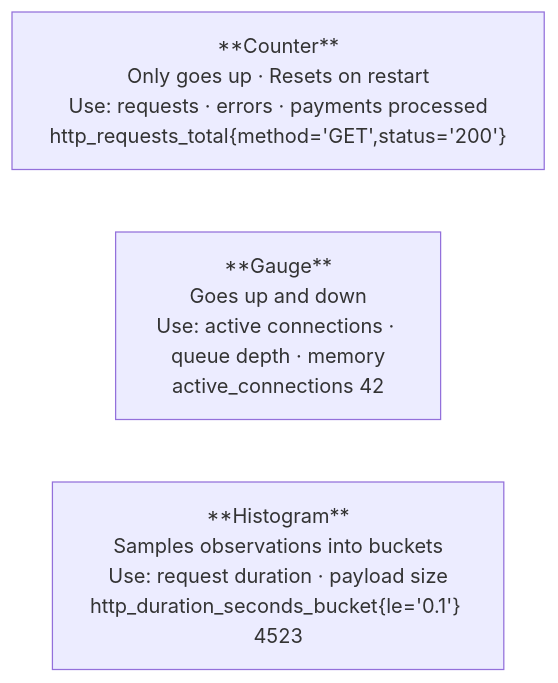
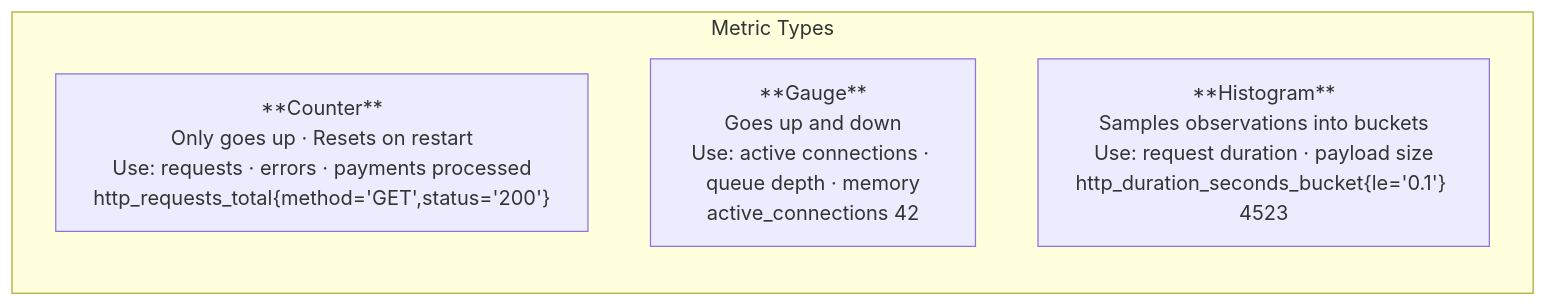
The sixth of 9 diagrams in internal/fundamentals/security-and-observability/04-distributed-tracing.md (romangurevitch/GoTraining), drawn with Mermaid before and after one commit. The commit also changed other lines of this file and 20 other files, not shown here.

````diff
--- a/internal/fundamentals/security-and-observability/04-distributed-tracing.md
+++ b/internal/fundamentals/security-and-observability/04-distributed-tracing.md
@@ -129,9 +120,9 @@
 ```mermaid
-graph TB
-    COUNTER["**Counter**<br/>Only goes up · Resets on restart<br/>Use: requests · errors · payments processed<br/>http_requests_total{method='GET',status='200'}"]
-    GAUGE["**Gauge**<br/>Goes up and down<br/>Use: active connections · queue depth · memory<br/>active_connections 42"]
-    HISTOGRAM["**Histogram**<br/>Samples observations into buckets<br/>Use: request duration · payload size<br/>http_duration_seconds_bucket{le='0.1'} 4523"]
-
-    COUNTER ~~~ GAUGE
-    GAUGE ~~~ HISTOGRAM
+graph TD
+    subgraph Types["Metric Types"]
+        direction TB
+        COUNTER["**Counter**<br/>Only goes up · Resets on restart<br/>Use: requests · errors · payments processed<br/>http_requests_total{method='GET',status='200'}"]
+        GAUGE["**Gauge**<br/>Goes up and down<br/>Use: active connections · queue depth · memory<br/>active_connections 42"]
+        HISTOGRAM["**Histogram**<br/>Samples observations into buckets<br/>Use: request duration · payload size<br/>http_duration_seconds_bucket{le='0.1'} 4523"]
+    end
 ```
````
